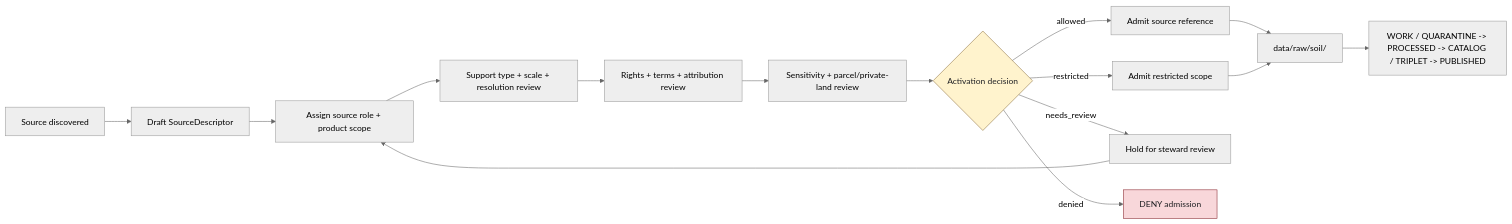
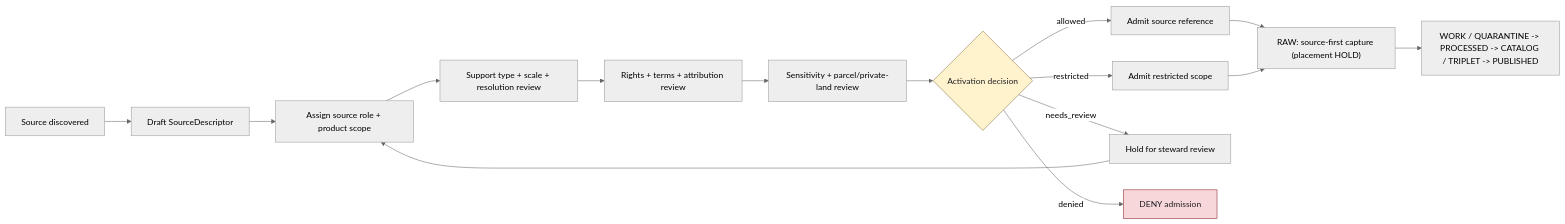
Before and after one commit to bartytime4life/Kansas-Frontier-Matrix: the diagram in data/registry/sources/soil/README.md, drawn with Mermaid (neutral theme). The commit also changed other lines of this file and 7 other files, not shown here.

````diff
--- a/data/registry/sources/soil/README.md
+++ b/data/registry/sources/soil/README.md
@@ -313,22 +314,22 @@
 ```mermaid
 flowchart LR
     Discover[Source discovered] --> Draft[Draft SourceDescriptor]
     Draft --> Role[Assign source role + product scope]
     Role --> Support[Support type + scale + resolution review]
     Support --> Rights[Rights + terms + attribution review]
     Rights --> Sensitivity[Sensitivity + parcel/private-land review]
     Sensitivity --> Activation{Activation decision}
     Activation -- allowed --> Admit[Admit source reference]
     Activation -- restricted --> Restricted[Admit restricted scope]
     Activation -- needs_review --> Hold[Hold for steward review]
     Activation -- denied --> Deny[DENY admission]
-    Admit --> RAW[data/raw/soil/]
+    Admit --> RAW["RAW: source-first capture (placement HOLD)"]
     Restricted --> RAW
     Hold --> Role
     RAW --> Lifecycle[WORK / QUARANTINE -> PROCESSED -> CATALOG / TRIPLET -> PUBLISHED]
 
     classDef gate fill:#fff3cd,stroke:#8a6d3b,color:#202124;
     classDef deny fill:#f8d7da,stroke:#842029,color:#202124;
     class Activation gate;
     class Deny deny;
 ```
````
